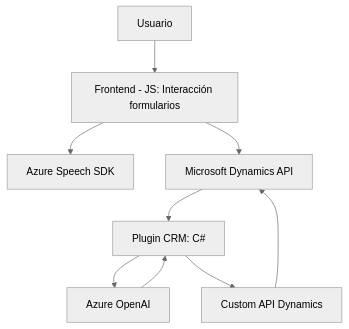
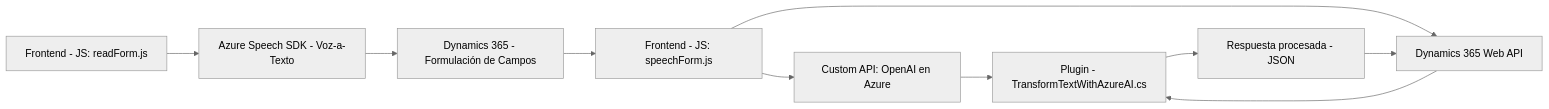
Before and after one commit to blopezdm/NETCORE_BILBAO2025: the diagram in README.md, drawn with Mermaid (neutral theme). The commit also changed other lines of this file, not shown here.

````diff
--- a/README.md
+++ b/README.md
@@ -38,19 +39,12 @@
 ```mermaid
-graph TD
-    A["Usuario"]
-    B["Frontend - JS: Interacción formularios"]
-    C["Azure Speech SDK"]
-    D["Plugin CRM: C#"]
-    E["Microsoft Dynamics API"]
-    F["Azure OpenAI"]
-    G["Custom API Dynamics"]
-
-    A --> B
-    B --> C
-    B --> E
-    E --> D
-    D --> F
-    D --> G
-    F --> D
-    G --> E
+graph LR
+  A["Frontend - JS: readForm.js"] --> B["Azure Speech SDK - Voz-a-Texto"]
+  B --> C["Dynamics 365 - Formulación de Campos"]
+  C --> D["Frontend - JS: speechForm.js"]
+  D --> E["Custom API: OpenAI en Azure"]
+  D --> F["Dynamics 365 Web API"]
+  E --> G["Plugin - TransformTextWithAzureAI.cs"]
+  F --> G
+  G --> H["Respuesta procesada - JSON"]
+  H --> F
 ```
````
